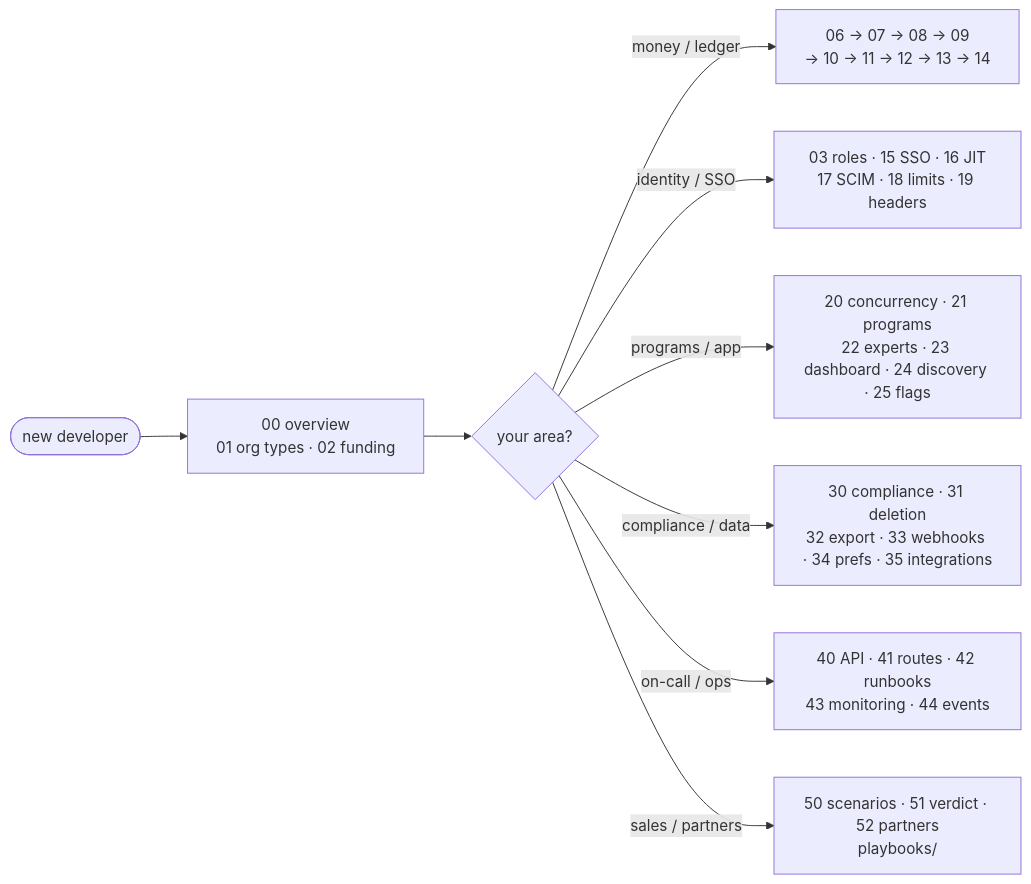
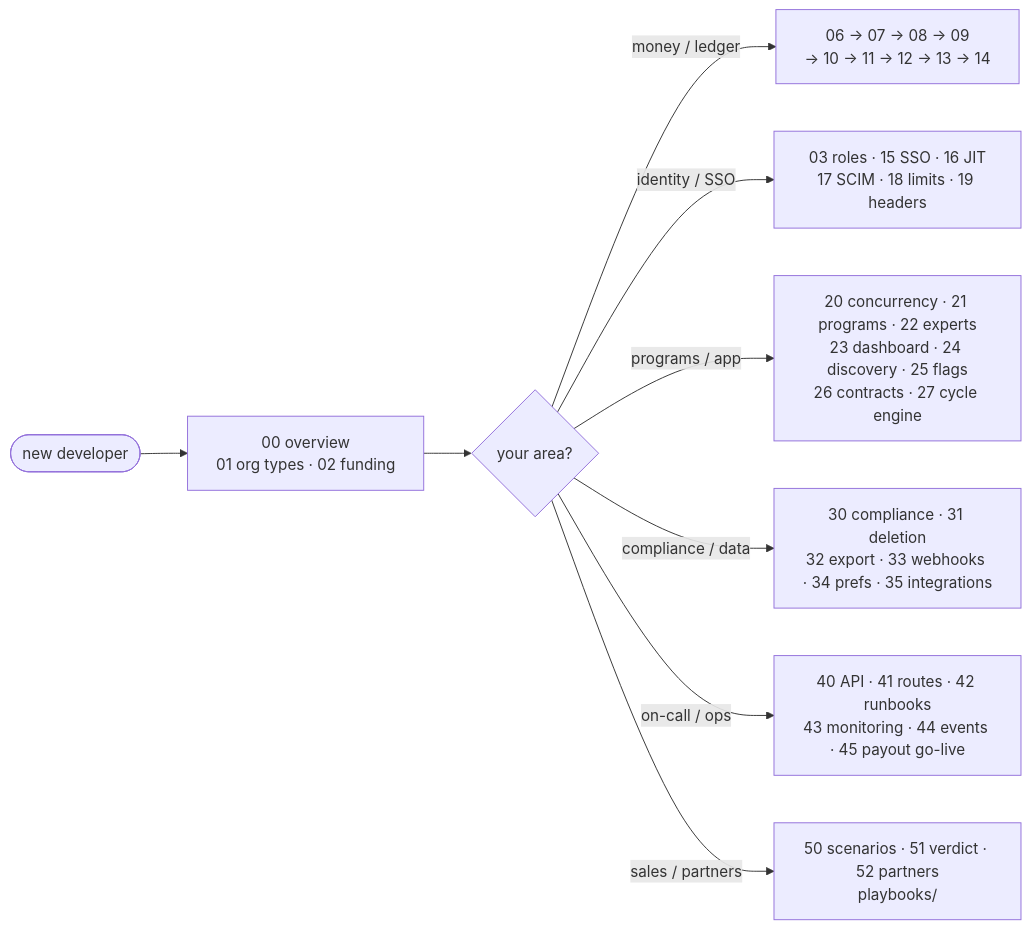
The diagram in docs/enterprise/README.md (Practitionist/familiarise_web), drawn with Mermaid before and after one commit. The commit also changed other lines of this file and 46 other files, not shown here.

````diff
--- a/docs/enterprise/README.md
+++ b/docs/enterprise/README.md
@@ -11,11 +11,11 @@
 ```mermaid
 flowchart LR
   START([new developer]) --> OV["00 overview<br/>01 org types · 02 funding"]
   OV --> PATH{your area?}
   PATH -->|money / ledger| MONEY["06 → 07 → 08 → 09<br/>→ 10 → 11 → 12 → 13 → 14"]
   PATH -->|identity / SSO| IAM["03 roles · 15 SSO · 16 JIT<br/>17 SCIM · 18 limits · 19 headers"]
-  PATH -->|programs / app| PROG["20 concurrency · 21 programs<br/>22 experts · 23 dashboard · 24 discovery · 25 flags"]
+  PATH -->|programs / app| PROG["20 concurrency · 21 programs · 22 experts<br/>23 dashboard · 24 discovery · 25 flags<br/>26 contracts · 27 cycle engine"]
   PATH -->|compliance / data| COMP["30 compliance · 31 deletion<br/>32 export · 33 webhooks · 34 prefs · 35 integrations"]
-  PATH -->|on-call / ops| OPS["40 API · 41 routes · 42 runbooks<br/>43 monitoring · 44 events"]
+  PATH -->|on-call / ops| OPS["40 API · 41 routes · 42 runbooks<br/>43 monitoring · 44 events · 45 payout go-live"]
   PATH -->|sales / partners| SALES["50 scenarios · 51 verdict · 52 partners<br/>playbooks/"]
 ```
````
